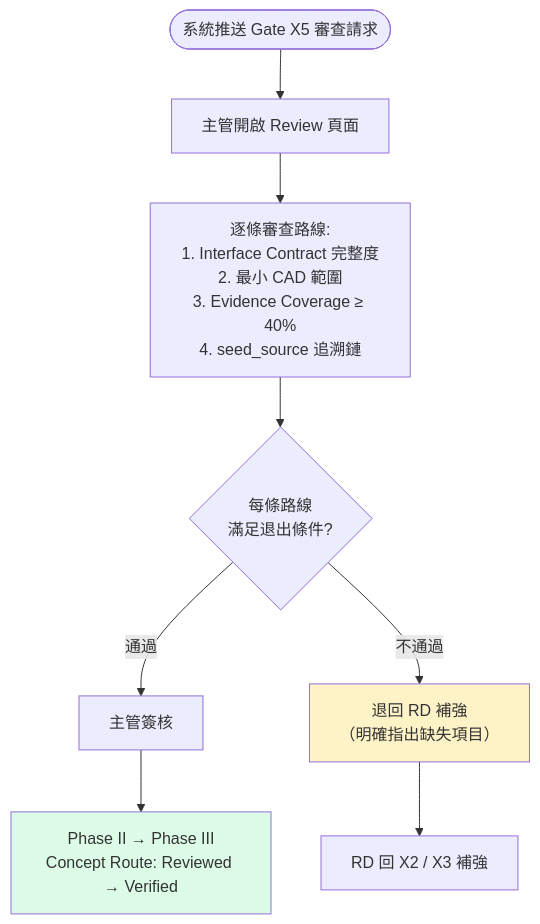
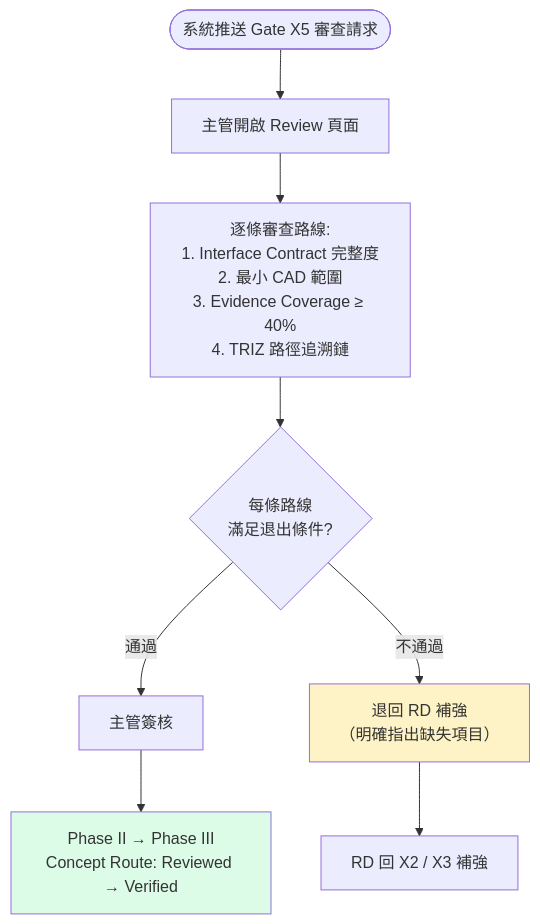
One commit to Zenobia0000/RD_copilot_system changed the fifth of 5 diagrams in docs/01-define/E3--system-interaction-flow.md. Above: the diagram before and after it, drawn with Mermaid. The commit also changed other lines of this file and 80 other files, not shown here.

````diff
--- a/docs/01-define/E3--system-interaction-flow.md
+++ b/docs/01-define/E3--system-interaction-flow.md
@@ -355,15 +349,15 @@
 ```mermaid
 flowchart TD
     Notify(["系統推送 Gate X5 審查請求"]) --> Open["主管開啟 Review 頁面"]
-    Open --> Review["逐條審查路線:<br/>1. Interface Contract 完整度<br/>2. 最小 CAD 範圍<br/>3. Evidence Coverage ≥ 40%<br/>4. seed_source 追溯鏈"]
+    Open --> Review["逐條審查路線:<br/>1. Interface Contract 完整度<br/>2. 最小 CAD 範圍<br/>3. Evidence Coverage ≥ 40%<br/>4. TRIZ 路徑追溯鏈"]
 
     Review --> TL{"每條路線<br/>滿足退出條件?"}
     TL -->|通過| Sign["主管簽核"]
     TL -->|不通過| Fix["退回 RD 補強<br/>（明確指出缺失項目）"]
 
     Sign --> PhaseIII["Phase II → Phase III<br/>Concept Route: Reviewed → Verified"]
-    Fix --> Back["RD 回 X2 / X3 補強"]
+    Fix --> BackX["RD 回 X2 / X3 補強"]
 
     style PhaseIII fill:#DCFCE7
     style Fix fill:#FEF3C7
 ```
````
